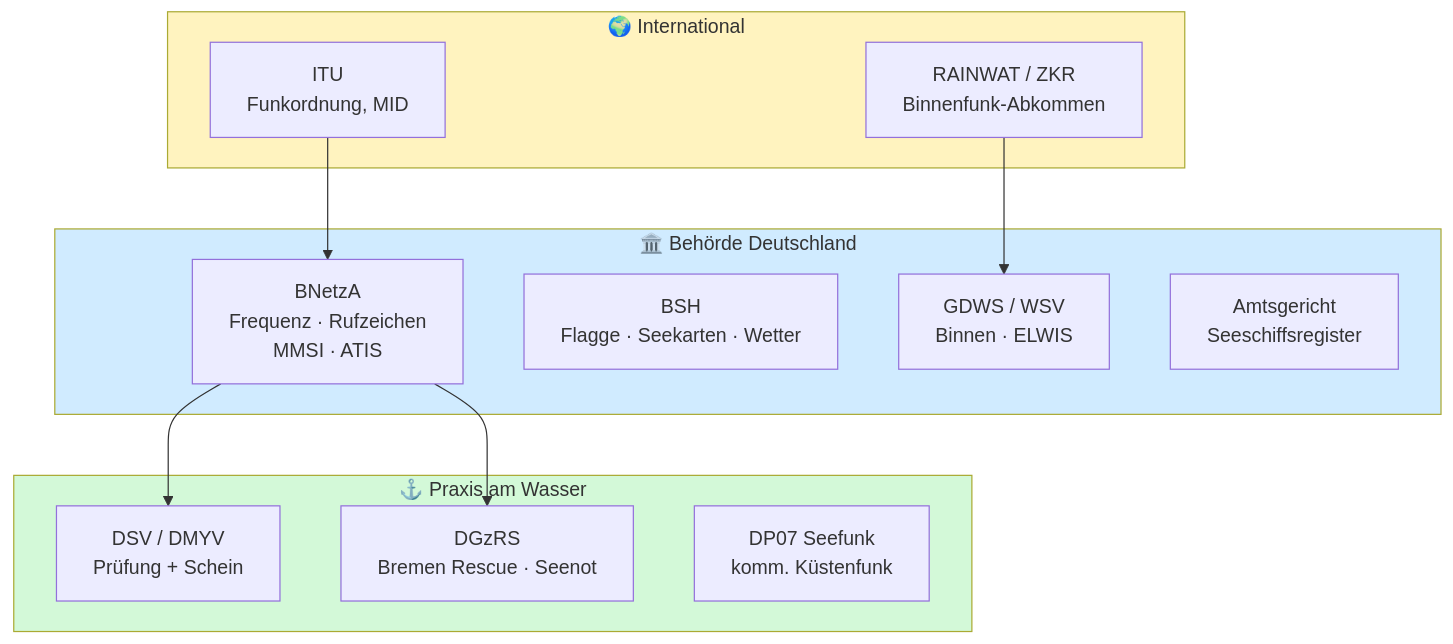
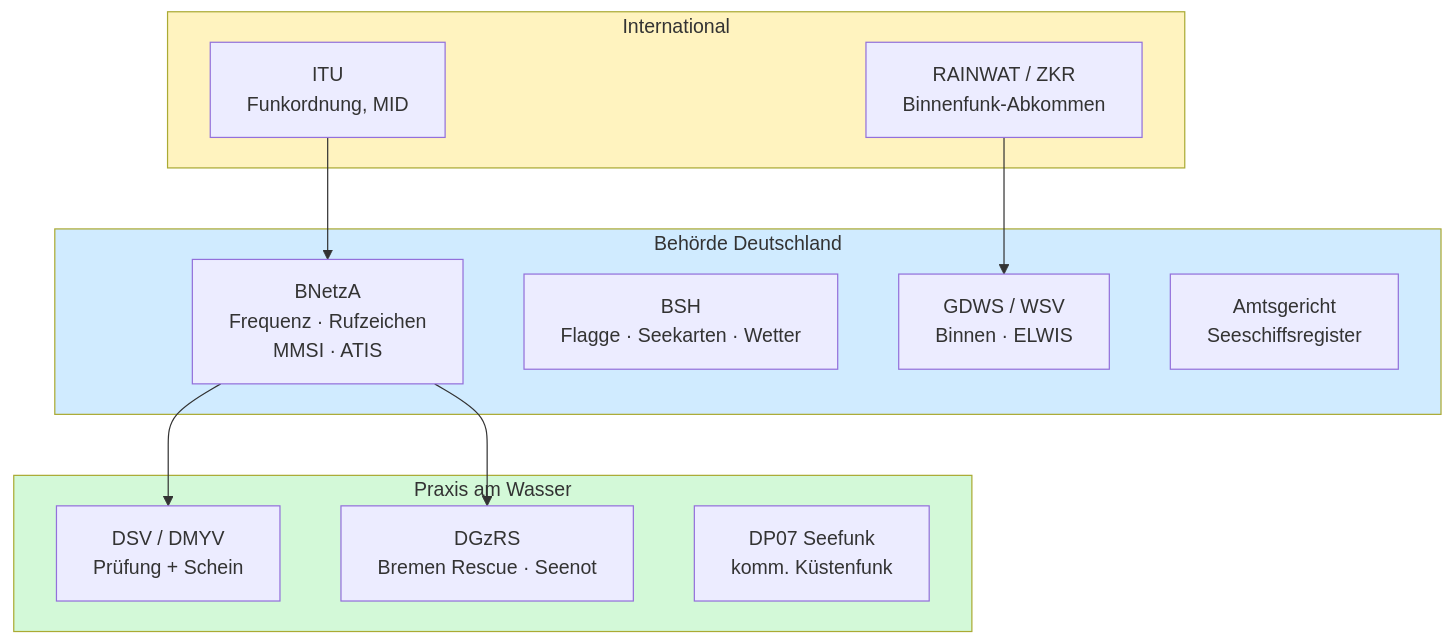
Before and after one commit to maaxhe/notes.maximleopold.com: the diagram in content/Funkkurs/Funk Generell/Funkkurs — Wichtige Stellen & Behörden.md, drawn with Mermaid. The commit also changed other lines of this file and 25 other files, not shown here.

````diff
--- a/content/Funkkurs/Funk Generell/Funkkurs — Wichtige Stellen & Behörden.md
+++ b/content/Funkkurs/Funk Generell/Funkkurs — Wichtige Stellen & Behörden.md
@@ -89,25 +66,25 @@
 ```mermaid
 flowchart TD
-    subgraph INT[🌍 International]
-        ITU[ITU<br/>Funkordnung, MID]
-        RW[RAINWAT / ZKR<br/>Binnenfunk-Abkommen]
-    end
-    subgraph DE[🏛️ Behörde Deutschland]
-        BN[BNetzA<br/>Frequenz · Rufzeichen<br/>MMSI · ATIS]
-        BSH[BSH<br/>Flagge · Seekarten · Wetter]
-        WSV[GDWS / WSV<br/>Binnen · ELWIS]
-        AG[Amtsgericht<br/>Seeschiffsregister]
-    end
-    subgraph PRAX[⚓ Praxis am Wasser]
-        VB[DSV / DMYV<br/>Prüfung + Schein]
-        BR[DGzRS<br/>Bremen Rescue · Seenot]
-        DP[DP07 Seefunk<br/>komm. Küstenfunk]
-    end
-    ITU --> BN
-    RW --> WSV
-    BN --> VB
-    BN --> BR
-    style INT fill:#fff3bf
-    style DE fill:#d0ebff
-    style PRAX fill:#d3f9d8
+ subgraph INT[ International]
+ ITU[ITU<br/>Funkordnung, MID]
+ RW[RAINWAT / ZKR<br/>Binnenfunk-Abkommen]
+ end
+ subgraph DE[ Behörde Deutschland]
+ BN[BNetzA<br/>Frequenz · Rufzeichen<br/>MMSI · ATIS]
+ BSH[BSH<br/>Flagge · Seekarten · Wetter]
+ WSV[GDWS / WSV<br/>Binnen · ELWIS]
+ AG[Amtsgericht<br/>Seeschiffsregister]
+ end
+ subgraph PRAX[ Praxis am Wasser]
+ VB[DSV / DMYV<br/>Prüfung + Schein]
+ BR[DGzRS<br/>Bremen Rescue · Seenot]
+ DP[DP07 Seefunk<br/>komm. Küstenfunk]
+ end
+ ITU --> BN
+ RW --> WSV
+ BN --> VB
+ BN --> BR
+ style INT fill:#fff3bf
+ style DE fill:#d0ebff
+ style PRAX fill:#d3f9d8
 ```
````
